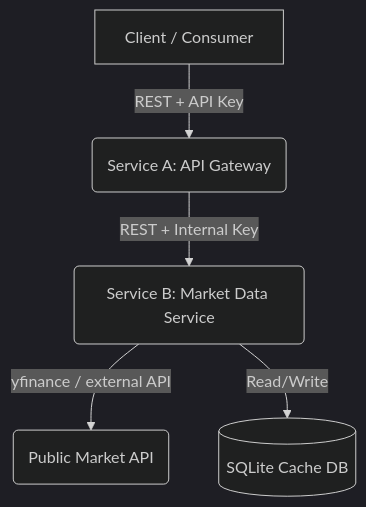
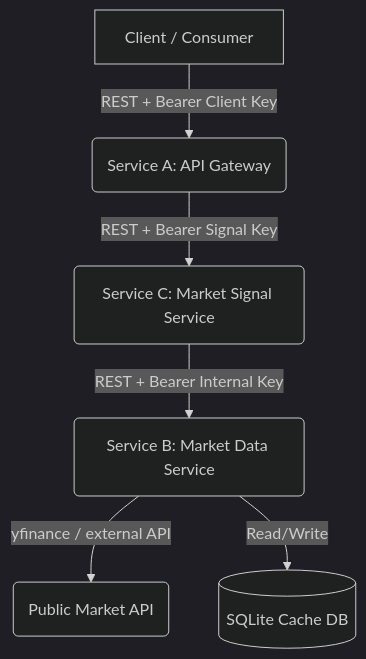
One commit to bobev18/finapi changed the diagram in PLAN.md. Above: the diagram before and after it, drawn with Mermaid (dark theme). The commit also changed other lines of this file and 3 other files, not shown here.

````diff
--- a/PLAN.md
+++ b/PLAN.md
@@ -11,7 +11,8 @@
 ```mermaid
 graph TD
-    Client[Client / Consumer] -->|REST + API Key| ServiceA(Service A: API Gateway)
-    ServiceA -->|REST + Internal Key| ServiceB(Service B: Market Data Service)
+    Client[Client / Consumer] -->|REST + Bearer Client Key| ServiceA(Service A: API Gateway)
+    ServiceA -->|REST + Bearer Signal Key| ServiceC(Service C: Market Signal Service)
+    ServiceC -->|REST + Bearer Internal Key| ServiceB(Service B: Market Data Service)
     ServiceB -->|yfinance / external API| PublicAPI(Public Market API)
     ServiceB -->|Read/Write| CacheDB[(SQLite Cache DB)]
 ```
````
